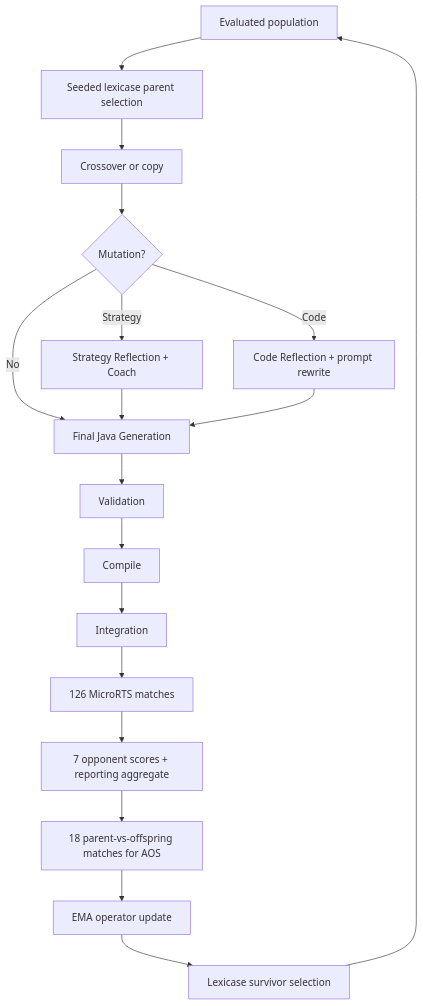
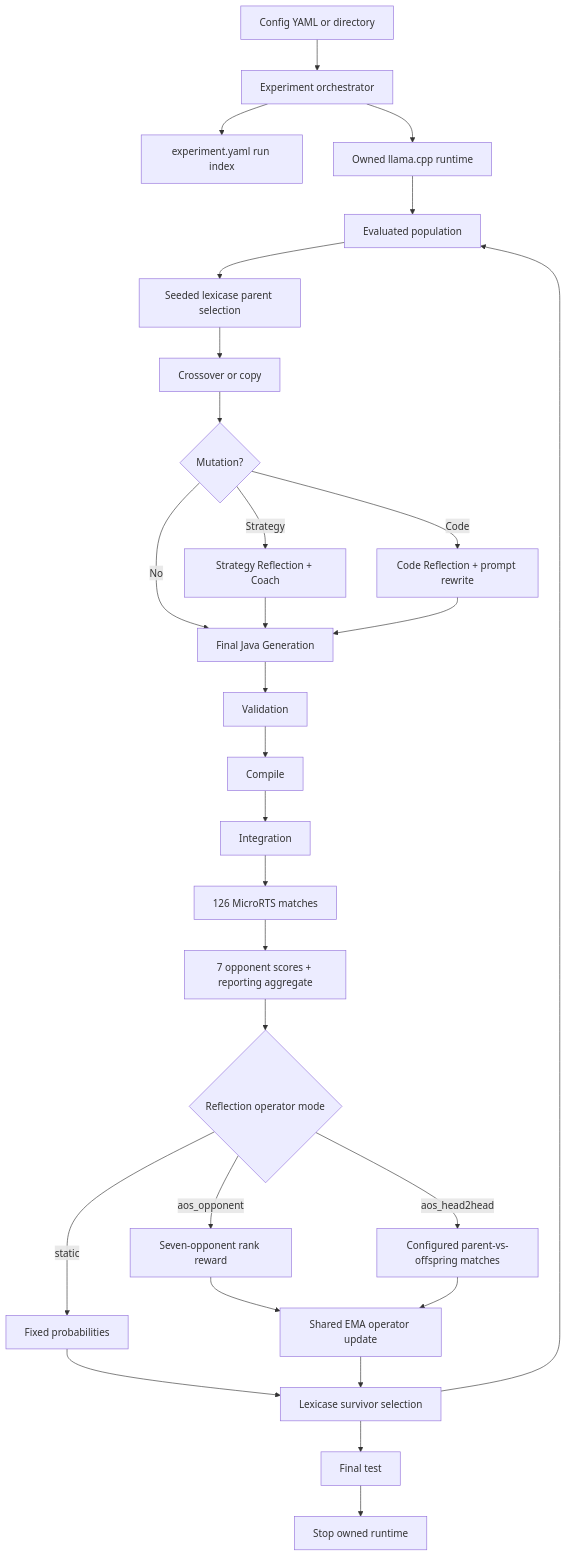
Before and after one commit to sophie8909/EAGLE: the diagram in docs/architecture/overview.md, drawn with Mermaid. The commit also changed other lines of this file and 29 other files, not shown here.

Commit message:
docs(architecture): consolidate canonical repository contracts

````diff
--- a/docs/architecture/overview.md
+++ b/docs/architecture/overview.md
@@ -21,17 +22,28 @@
 ```mermaid
 flowchart TD
+    CFG["Config YAML or directory"] --> L["Experiment orchestrator"]
+    L --> RI["experiment.yaml run index"]
+    L --> RT["Owned llama.cpp runtime"]
+    RT --> P
     P["Evaluated population"] --> S["Seeded lexicase parent selection"]
     S --> X["Crossover or copy"]
     X --> M{"Mutation?"}
     M -->|Strategy| SR["Strategy Reflection + Coach"]
     M -->|Code| CR["Code Reflection + prompt rewrite"]
     M -->|No| G["Final Java Generation"]
     SR --> G
     CR --> G
     G --> V["Validation"] --> C["Compile"] --> I["Integration"]
     I --> E["126 MicroRTS matches"]
     E --> O["7 opponent scores + reporting aggregate"]
-    O --> H["18 parent-vs-offspring matches for AOS"]
-    H --> A["EMA operator update"]
-    A --> N["Lexicase survivor selection"] --> P
+    O --> R{"Reflection operator mode"}
+    R -->|static| F["Fixed probabilities"]
+    R -->|aos_opponent| Q["Seven-opponent rank reward"]
+    R -->|aos_head2head| H["Configured parent-vs-offspring matches"]
+    Q --> A["Shared EMA operator update"]
+    H --> A
+    F --> N["Lexicase survivor selection"]
+    A --> N --> P
+    N --> FT["Final test"]
+    FT --> CL["Stop owned runtime"]
 ```
````
